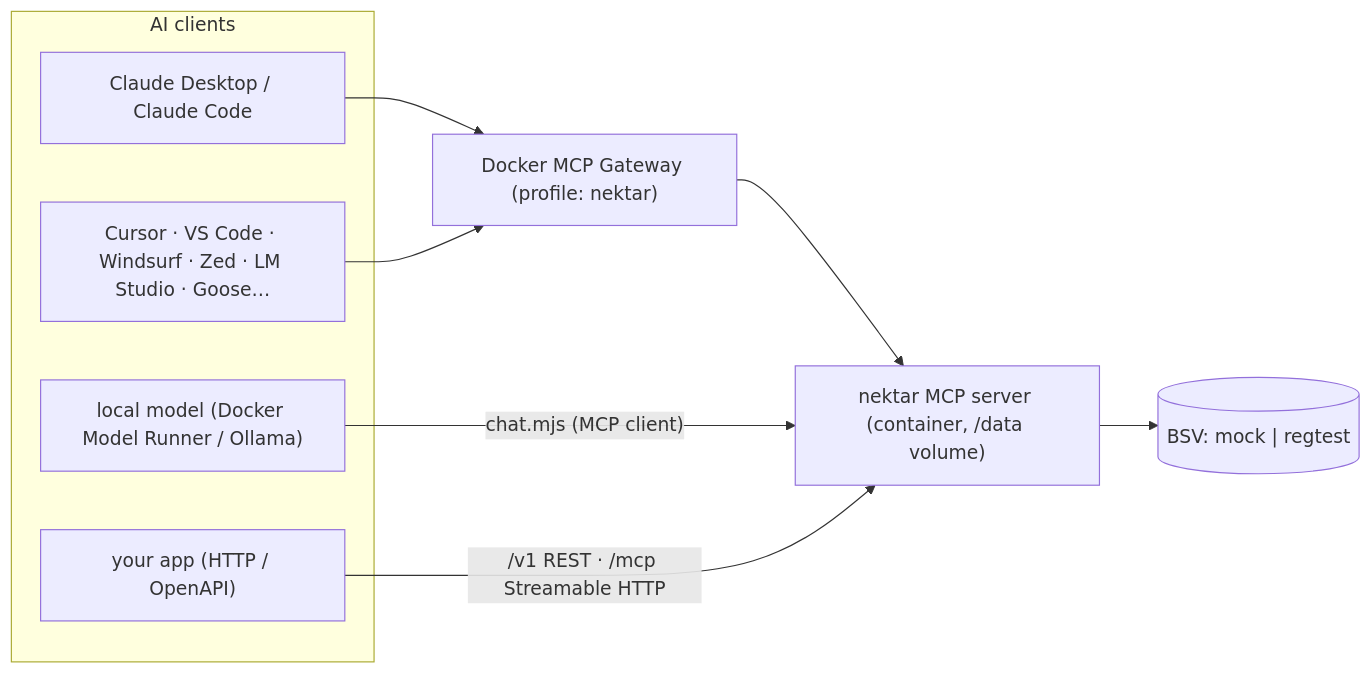
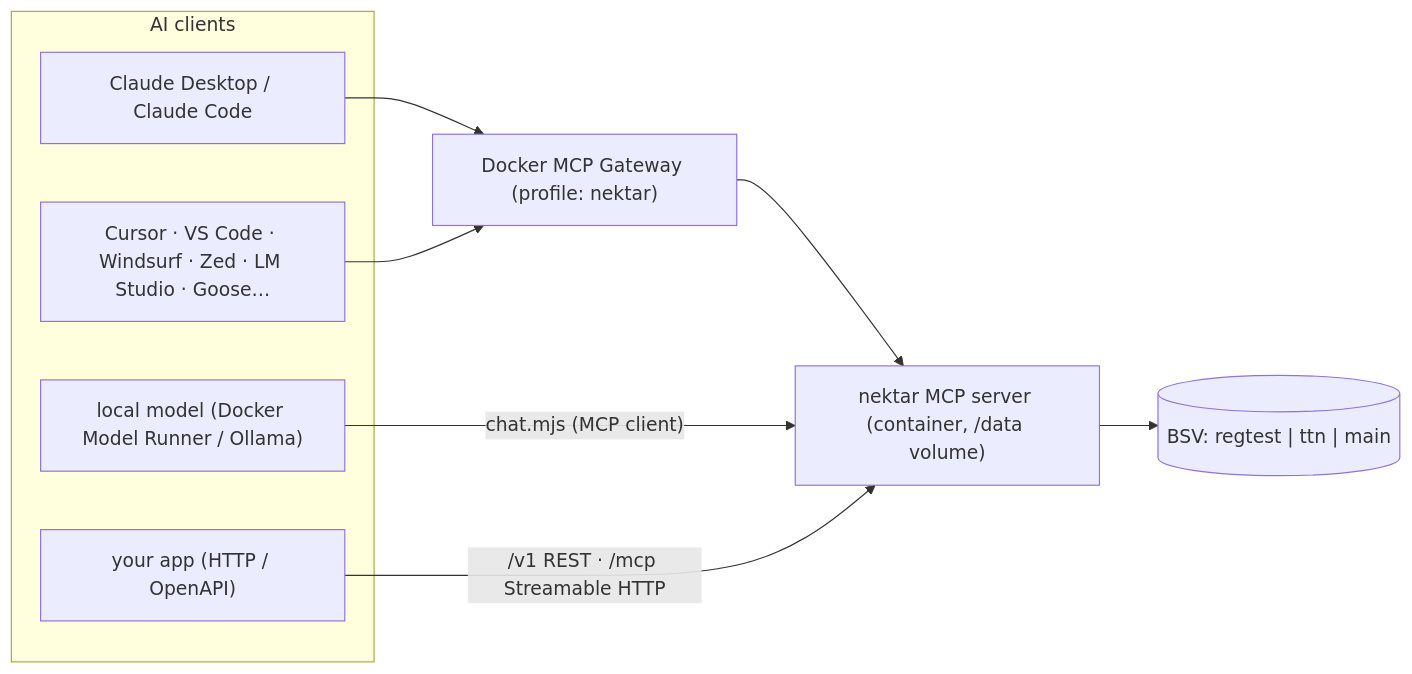
Before and after one commit to kryptokrates/nektar: the diagram in docs/INTEGRATION.md, drawn with Mermaid. The commit also changed other lines of this file and 38 other files, not shown here.

First line of the commit message:
docs+tests: finish mock removal — regtest labels, stack demos, mined-proof flake fix

````diff
--- a/docs/INTEGRATION.md
+++ b/docs/INTEGRATION.md
@@ -5,16 +5,16 @@
 ```mermaid
 flowchart LR
   subgraph clients["AI clients"]
     cd["Claude Desktop / Claude Code"]
     cu["Cursor · VS Code · Windsurf · Zed · LM Studio · Goose…"]
     lm["local model (Docker Model Runner / Ollama)"]
     app["your app (HTTP / OpenAPI)"]
   end
   gw["Docker MCP Gateway (profile: nektar)"]
   srv["nektar MCP server (container, /data volume)"]
-  bsv[("BSV: mock | regtest")]
+  bsv[("BSV: regtest | ttn | main")]
   cd & cu --> gw --> srv
   lm -- "chat.mjs (MCP client)" --> srv
   app -- "/v1 REST · /mcp Streamable HTTP" --> srv
   srv --> bsv
 ```
````
